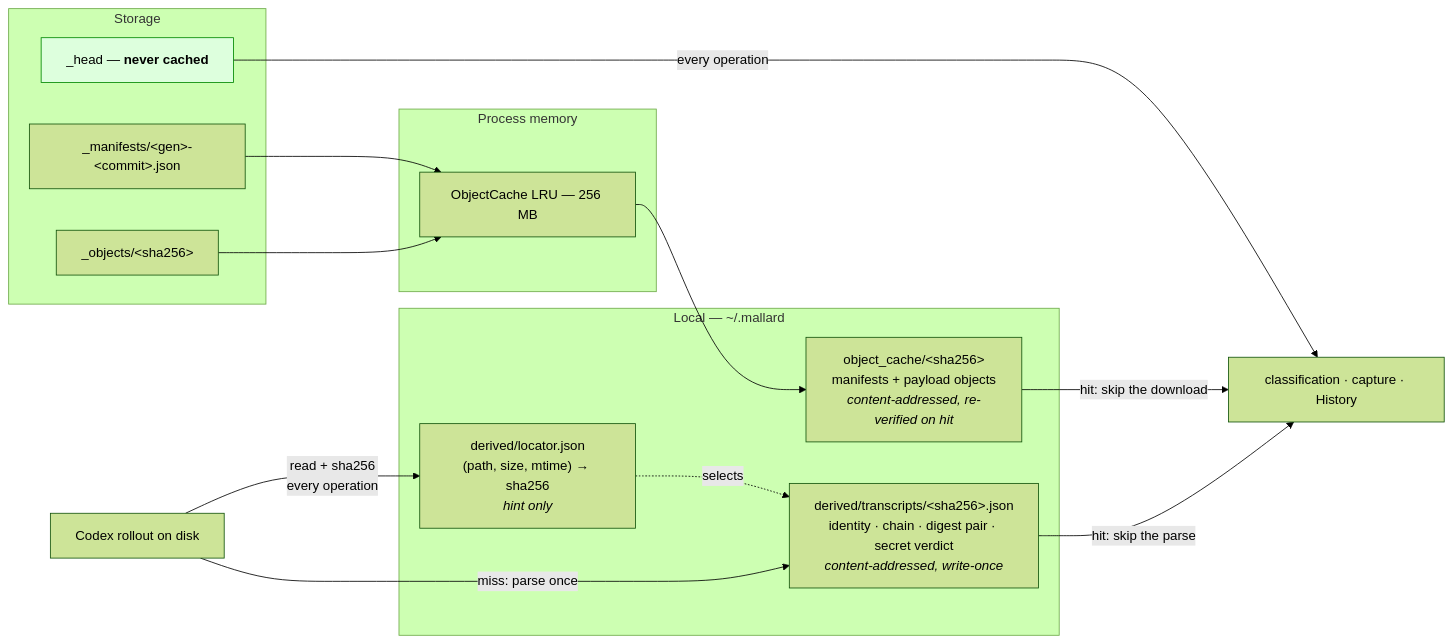
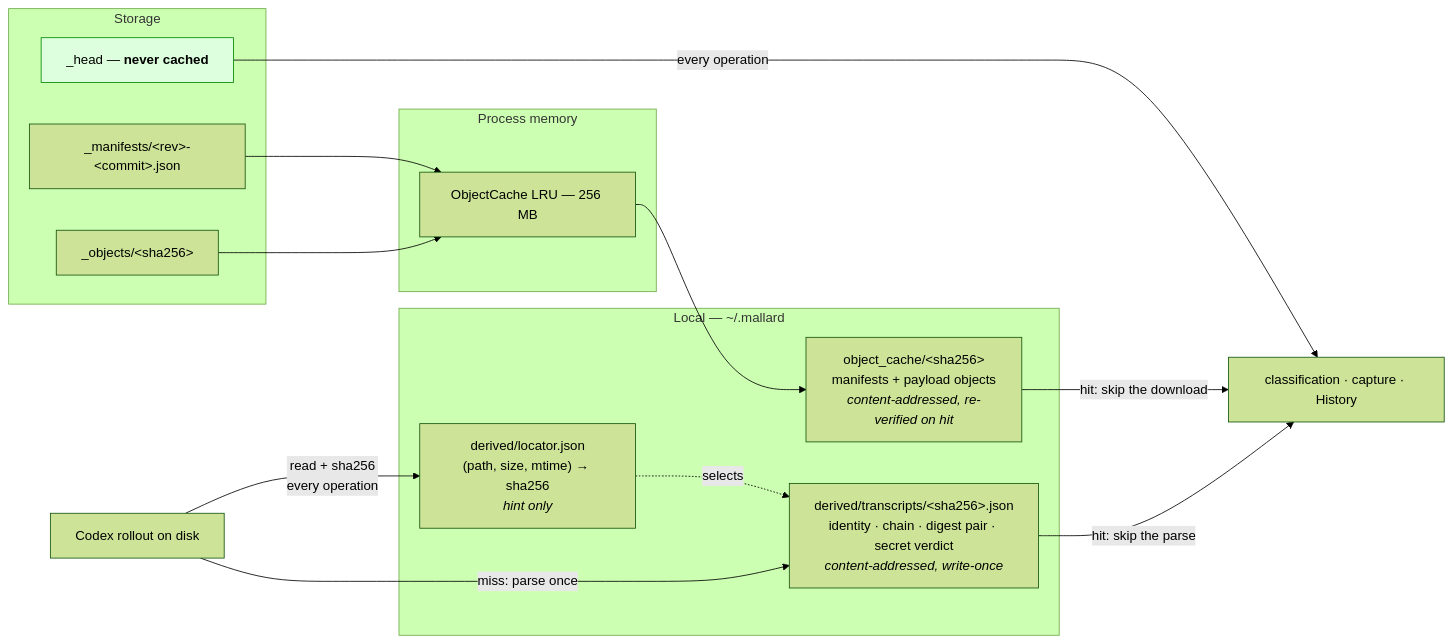
The fifth of 5 diagrams in docs/DESIGN_FAST_PUSH_PULL.md (Git4Agent/mallard-app), drawn with Mermaid (forest theme) before and after one commit. The commit also changed other lines of this file and 91 other files, not shown here.

````diff
--- a/docs/DESIGN_FAST_PUSH_PULL.md
+++ b/docs/DESIGN_FAST_PUSH_PULL.md
@@ -222,30 +222,30 @@
 ```mermaid
 flowchart LR
     subgraph local["Local — ~/.mallard"]
         LOC["derived/locator.json<br/>(path, size, mtime) → sha256<br/><i>hint only</i>"]
         DER["derived/transcripts/&lt;sha256&gt;.json<br/>identity · chain · digest pair · secret verdict<br/><i>content-addressed, write-once</i>"]
         OBJ["object_cache/&lt;sha256&gt;<br/>manifests + payload objects<br/><i>content-addressed, re-verified on hit</i>"]
     end
     subgraph mem["Process memory"]
         LRU["ObjectCache LRU — 256 MB"]
     end
     subgraph remote["Storage"]
         HEAD["_head — <b>never cached</b>"]
-        MAN["_manifests/&lt;gen&gt;-&lt;commit&gt;.json"]
+        MAN["_manifests/&lt;rev&gt;-&lt;commit&gt;.json"]
         PAY["_objects/&lt;sha256&gt;"]
     end
 
     FILE["Codex rollout on disk"] -->|"read + sha256<br/>every operation"| LOC
     LOC -.->|"selects"| DER
     DER -->|"hit: skip the parse"| CLASS["classification · capture · History"]
     FILE -->|"miss: parse once"| DER
 
     HEAD -->|"every operation"| CLASS
     MAN --> LRU --> OBJ
     PAY --> LRU
     OBJ -->|"hit: skip the download"| CLASS
 
     classDef gone fill:#fdd,stroke:#c00,color:#000
     classDef keep fill:#dfd,stroke:#080,color:#000
     class HEAD keep
 ```
````
